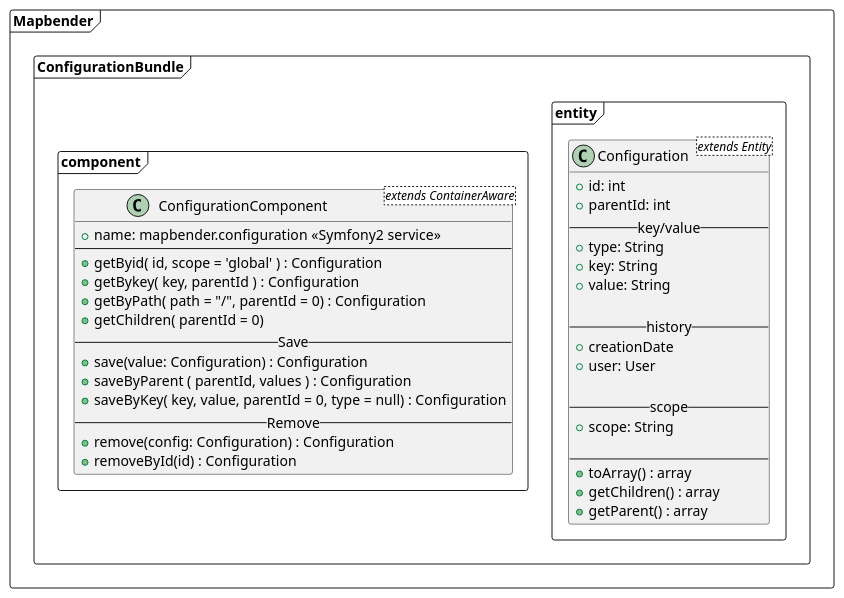
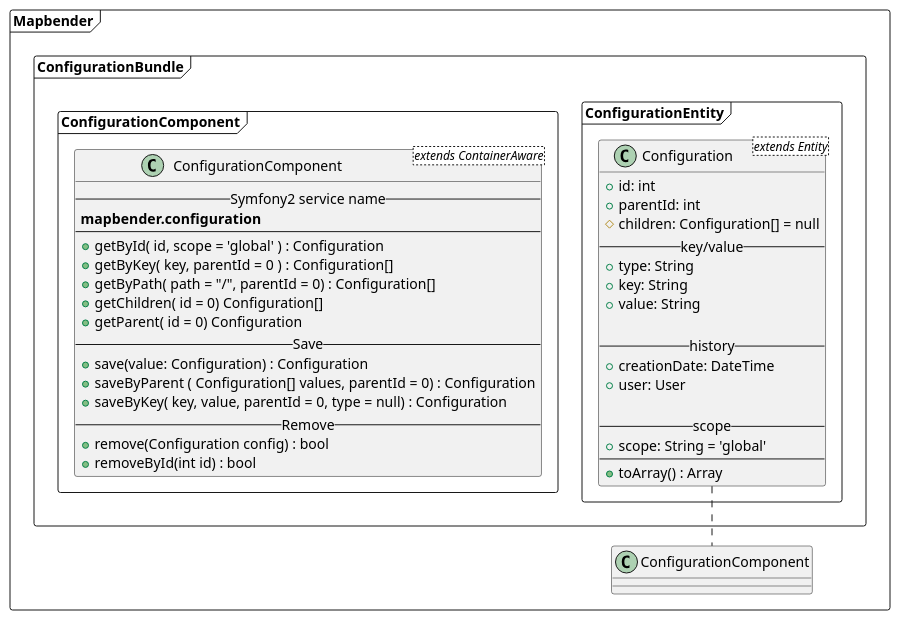
Before and after one commit to mapbender/search: the diagram in Documents/Configuration/API.puml, drawn with PlantUML. The commit also changed 13 other files, not shown here.

```diff
--- a/Documents/Configuration/API.puml
+++ b/Documents/Configuration/API.puml
@@ -1,47 +1,49 @@
 @startuml
 package Mapbender <<Frame>> {
   package ConfigurationBundle <<frame>> {
-    package entity <<frame>> {
+    package ConfigurationEntity <<frame>> {
         class Configuration <extends Entity> {
             + id: int
             + parentId: int
+            # children: Configuration[] = null
             -- key/value --
             + type: String
             + key: String
             + value: String
 
             -- history --
-            + creationDate
+            + creationDate: DateTime
             + user: User
 
             -- scope --
-            + scope: String
-
+            + scope: String = 'global'
             --
-            + toArray() : array
-            + getChildren() : array
-            + getParent() : array
+            + toArray() : Array
         }
     }
 
-    package component <<frame>> {
+    package ConfigurationComponent <<frame>> {
         class ConfigurationComponent <extends ContainerAware> {
-            + name: mapbender.configuration <<Symfony2 service>>
+            -- Symfony2 service name --
+            **mapbender.configuration**
             --
-            + getByid( id, scope = 'global' ) : Configuration
-            + getBykey( key, parentId ) : Configuration
-            + getByPath( path = "/", parentId = 0) : Configuration
-            + getChildren( parentId = 0)
+            + getById( id, scope = 'global' ) : Configuration
+            + getByKey( key, parentId = 0 ) : Configuration[]
+            + getByPath( path = "/", parentId = 0) : Configuration[]
+            + getChildren( id = 0) Configuration[]
+            + getParent( id = 0) Configuration
             -- Save --
             + save(value: Configuration) : Configuration
-            + saveByParent ( parentId, values ) : Configuration
+            + saveByParent ( Configuration[] values, parentId = 0) : Configuration
             + saveByKey( key, value, parentId = 0, type = null) : Configuration
             -- Remove --
-            + remove(config: Configuration) : Configuration
-            + removeById(id) : Configuration
+            + remove(Configuration config) : bool
+            + removeById(int id) : bool
         }
     }
   }
+
+  Configuration .. ConfigurationComponent
 }
 
 @enduml
```
